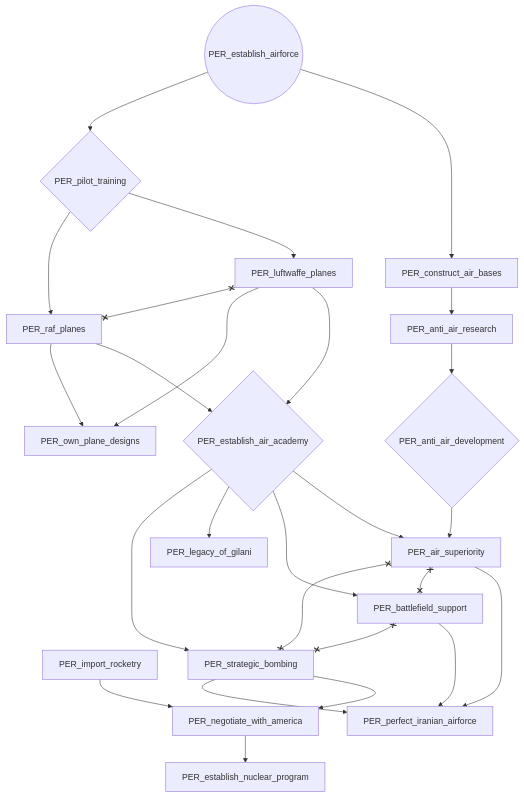
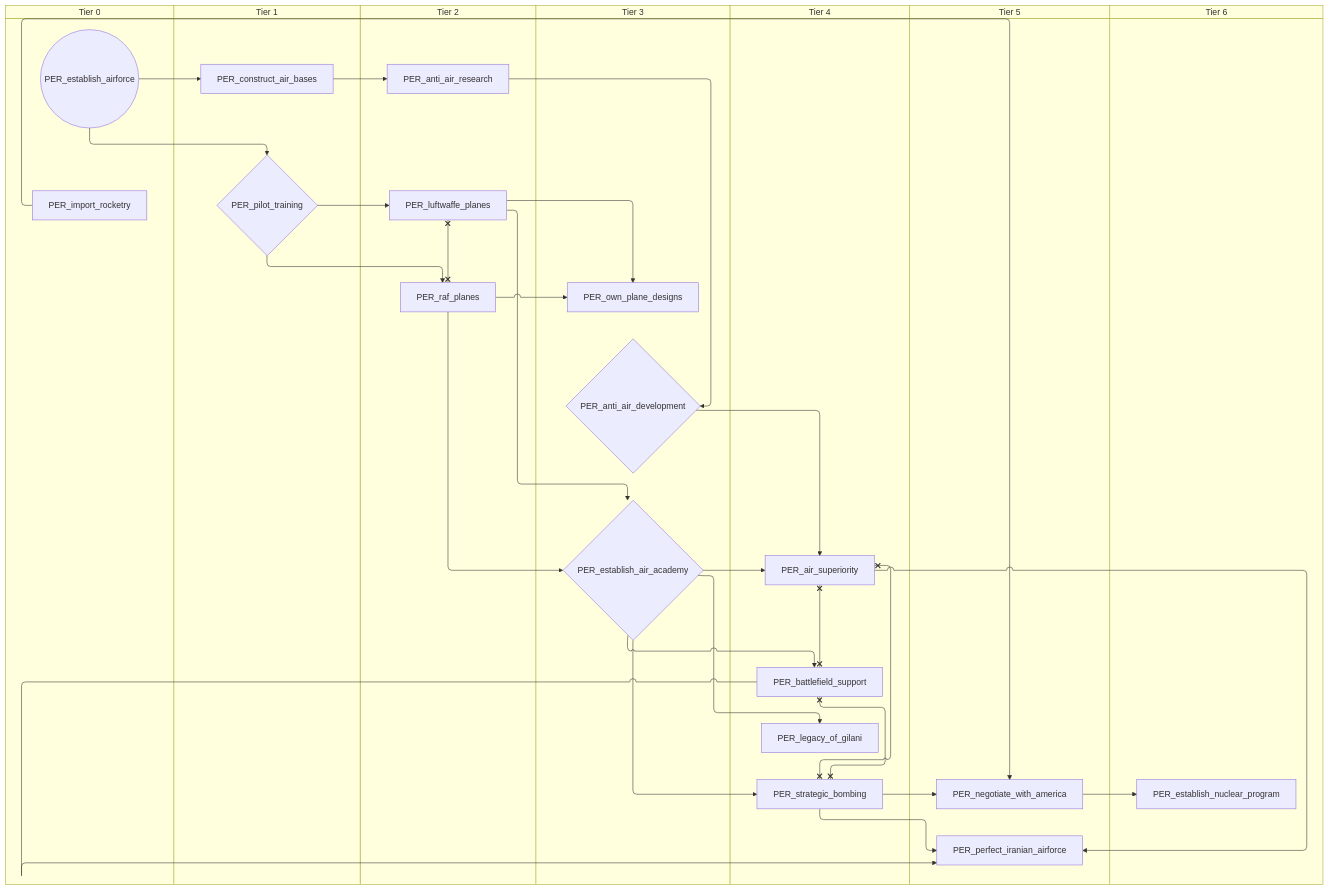
The first of 7 diagrams in docs/gdd/National Focuses/persia.md (evgeny-sobol/hoi4-sandbox-mode), drawn with Mermaid before and after one commit. The commit also changed other lines of this file and 80 other files, not shown here.

First line of the commit message:
Add swimlane mode to focus graph exporter

````diff
--- a/docs/gdd/National Focuses/persia.md
+++ b/docs/gdd/National Focuses/persia.md
@@ -3,45 +3,59 @@
 ```mermaid
-flowchart TD
-    n1["PER_air_superiority"]
-    n2{"PER_anti_air_development"}
-    n3["PER_anti_air_research"]
-    n4["PER_battlefield_support"]
-    n5["PER_construct_air_bases"]
-    n6{"PER_establish_air_academy"}
-    n7(("PER_establish_airforce"))
-    n8["PER_establish_nuclear_program"]
-    n9["PER_import_rocketry"]
-    n10["PER_legacy_of_gilani"]
-    n11["PER_luftwaffe_planes"]
-    n12["PER_negotiate_with_america"]
-    n13["PER_own_plane_designs"]
-    n14["PER_perfect_iranian_airforce"]
-    n15{"PER_pilot_training"}
-    n16["PER_raf_planes"]
-    n17["PER_strategic_bombing"]
-    n6 --> n1
-    n2 --> n1
-    n3 --> n2
-    n5 --> n3
-    n6 --> n4
-    n7 --> n5
-    n11 --> n6
-    n16 --> n6
-    n12 --> n8
+swimlane-beta TD
+    subgraph tier_0["Tier 0"]
+        n1(("PER_establish_airforce"))
+        n2["PER_import_rocketry"]
+    end
+    subgraph tier_1["Tier 1"]
+        n3["PER_construct_air_bases"]
+        n4{"PER_pilot_training"}
+    end
+    subgraph tier_2["Tier 2"]
+        n5["PER_anti_air_research"]
+        n6["PER_luftwaffe_planes"]
+        n7["PER_raf_planes"]
+    end
+    subgraph tier_3["Tier 3"]
+        n8{"PER_anti_air_development"}
+        n9{"PER_establish_air_academy"}
+        n10["PER_own_plane_designs"]
+    end
+    subgraph tier_4["Tier 4"]
+        n11["PER_air_superiority"]
+        n12["PER_battlefield_support"]
+        n13["PER_legacy_of_gilani"]
+        n14["PER_strategic_bombing"]
+    end
+    subgraph tier_5["Tier 5"]
+        n15["PER_negotiate_with_america"]
+        n16["PER_perfect_iranian_airforce"]
+    end
+    subgraph tier_6["Tier 6"]
+        n17["PER_establish_nuclear_program"]
+    end
+    n9 --> n11
+    n8 --> n11
+    n5 --> n8
+    n3 --> n5
+    n9 --> n12
+    n1 --> n3
+    n6 --> n9
+    n7 --> n9
+    n15 --> n17
+    n9 --> n13
+    n4 --> n6
+    n2 --> n15
+    n14 --> n15
     n6 --> n10
-    n15 --> n11
-    n9 --> n12
-    n17 --> n12
-    n11 --> n13
-    n16 --> n13
-    n1 --> n14
-    n17 --> n14
-    n4 --> n14
-    n7 --> n15
-    n15 --> n16
-    n6 --> n17
-    n1 x--x n4
-    n1 x--x n17
-    n4 x--x n17
-    n11 x--x n16
+    n7 --> n10
+    n11 --> n16
+    n14 --> n16
+    n12 --> n16
+    n1 --> n4
+    n4 --> n7
+    n9 --> n14
+    n11 x--x n12
+    n11 x--x n14
+    n12 x--x n14
+    n6 x--x n7
 ```
````
